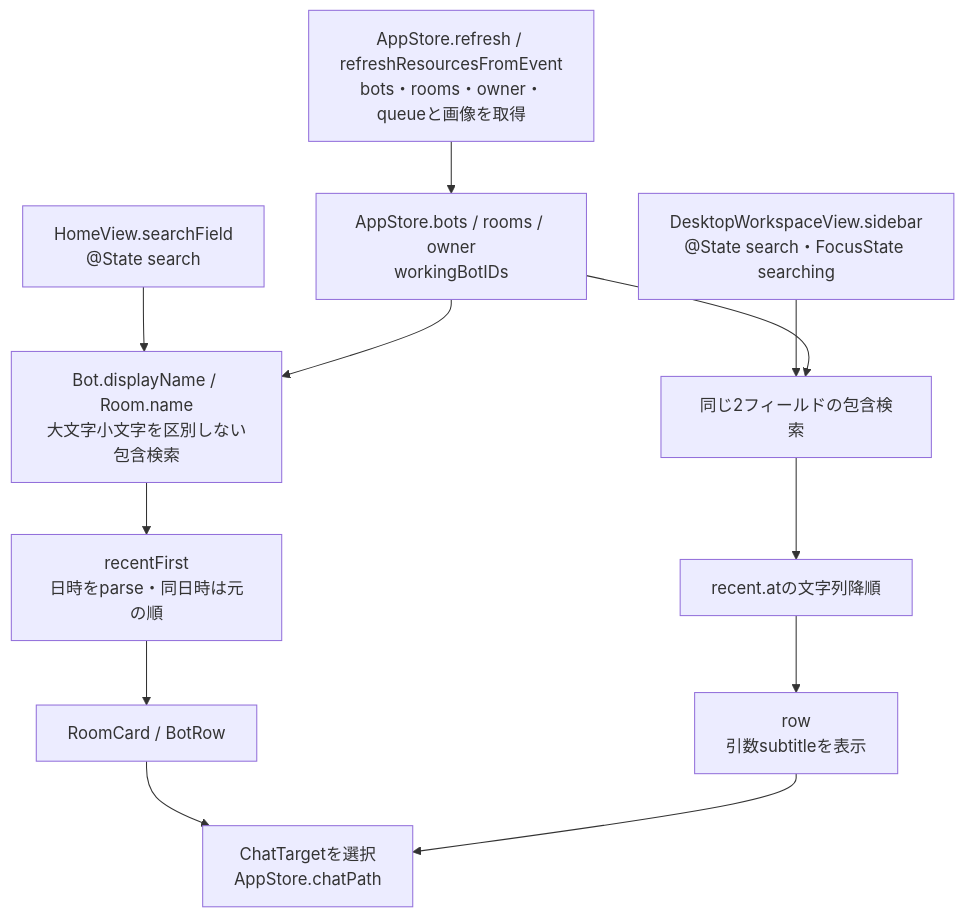
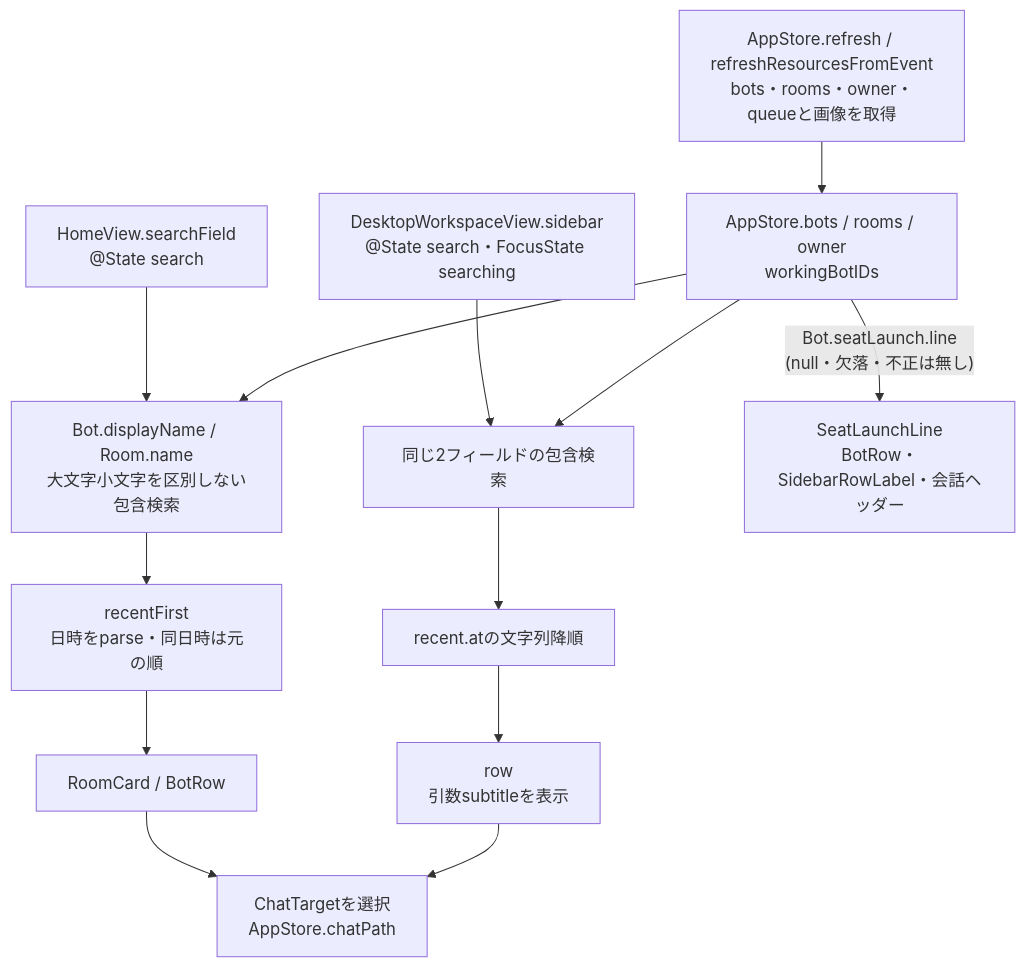
Before and after one commit to kitepon/BellTeam: the first of 3 diagrams in docs/architecture/modules/apple/members-and-rooms.md, drawn with Mermaid. The commit also changed other lines of this file and 13 other files, not shown here.

First line of the commit message:
feat(apple): show the remote seat launch failure on the member row and conversation header

````diff
--- a/docs/architecture/modules/apple/members-and-rooms.md
+++ b/docs/architecture/modules/apple/members-and-rooms.md
@@ -7,14 +7,15 @@
 ```mermaid
 flowchart TD
   Fetch["AppStore.refresh / refreshResourcesFromEvent<br/>bots・rooms・owner・queueと画像を取得"] --> Models["AppStore.bots / rooms / owner<br/>workingBotIDs"]
   PhoneInput["HomeView.searchField<br/>@State search"] --> PhoneFilter["Bot.displayName / Room.name<br/>大文字小文字を区別しない包含検索"]
   WideInput["DesktopWorkspaceView.sidebar<br/>@State search・FocusState searching"] --> WideFilter["同じ2フィールドの包含検索"]
   Models --> PhoneFilter
   Models --> WideFilter
   PhoneFilter --> PhoneOrder["recentFirst<br/>日時をparse・同日時は元の順"]
   WideFilter --> WideOrder["recent.atの文字列降順"]
   PhoneOrder --> PhoneRows["RoomCard / BotRow"]
   WideOrder --> WideRows["row<br/>引数subtitleを表示"]
+  Models -->|"Bot.seatLaunch.line<br/>(null・欠落・不正は無し)"| Notice["SeatLaunchLine<br/>BotRow・SidebarRowLabel・会話ヘッダー"]
   PhoneRows --> Nav["ChatTargetを選択<br/>AppStore.chatPath"]
   WideRows --> Nav
 ```
````
